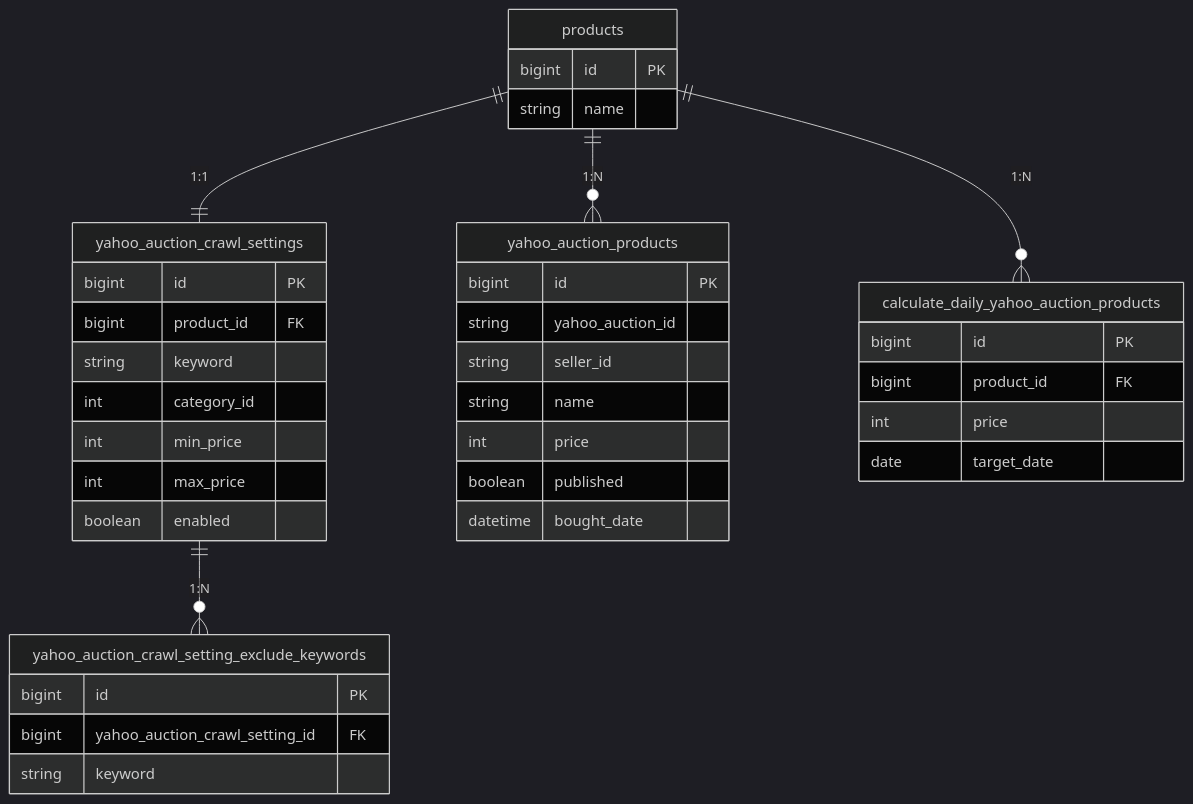
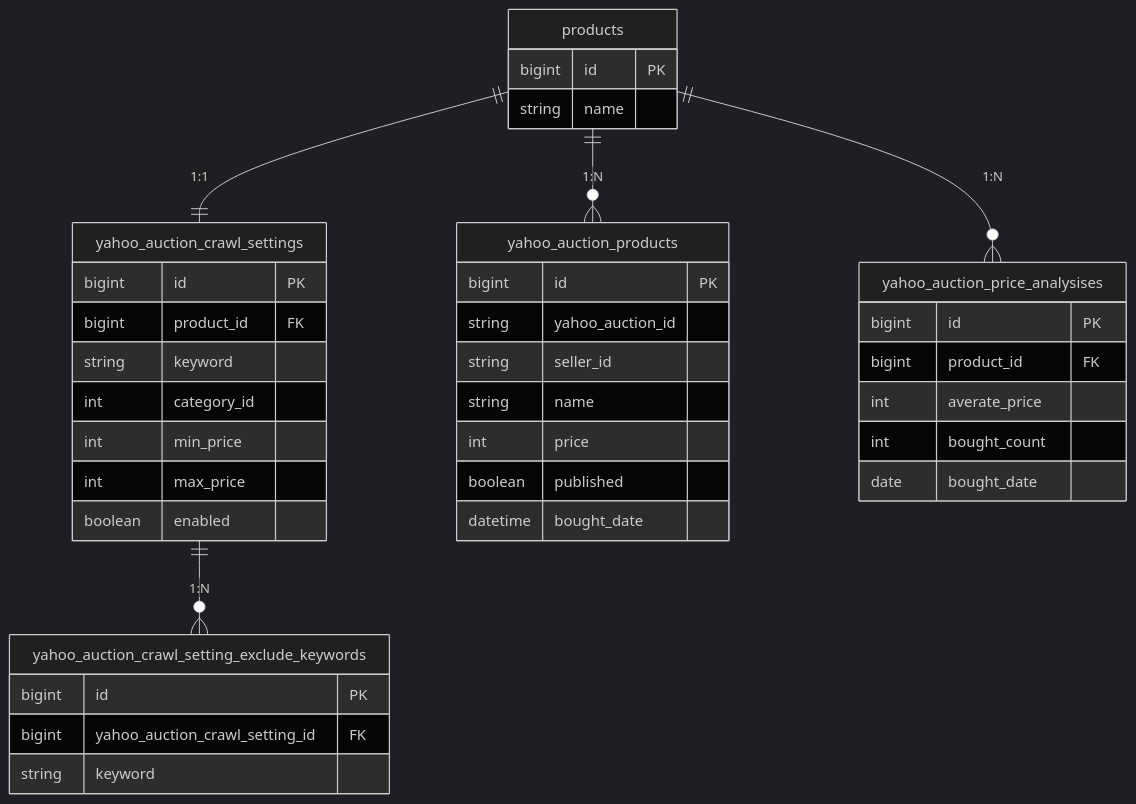
The second of 4 diagrams in README.md (kuroweb/price-monitoring), drawn with Mermaid (dark theme) before and after one commit. The commit also changed other lines of this file, not shown here.

````diff
--- a/README.md
+++ b/README.md
@@ -78,41 +78,42 @@
 ```mermaid
 erDiagram
   products {
     bigint id PK
     string name
   }
   yahoo_auction_crawl_settings {
     bigint id PK
     bigint product_id FK
     string keyword
     int category_id
     int min_price
     int max_price
     boolean enabled
   }
   yahoo_auction_crawl_setting_exclude_keywords {
     bigint id PK
     bigint yahoo_auction_crawl_setting_id FK
     string keyword
   }
   yahoo_auction_products {
     bigint id PK
     string yahoo_auction_id
     string seller_id
     string name
     int price
     boolean published
     datetime bought_date
   }
-  calculate_daily_yahoo_auction_products {
+  yahoo_auction_price_analysises {
     bigint id PK
     bigint product_id FK
-    int price
-    date target_date
+    int averate_price
+    int bought_count
+    date bought_date
   }
 
   products ||--|| yahoo_auction_crawl_settings : "1:1"
   yahoo_auction_crawl_settings ||--o{ yahoo_auction_crawl_setting_exclude_keywords : "1:N"
   products ||--o{ yahoo_auction_products : "1:N"
-  products ||--o{ calculate_daily_yahoo_auction_products : "1:N"
+  products ||--o{ yahoo_auction_price_analysises : "1:N"
 ```
````
